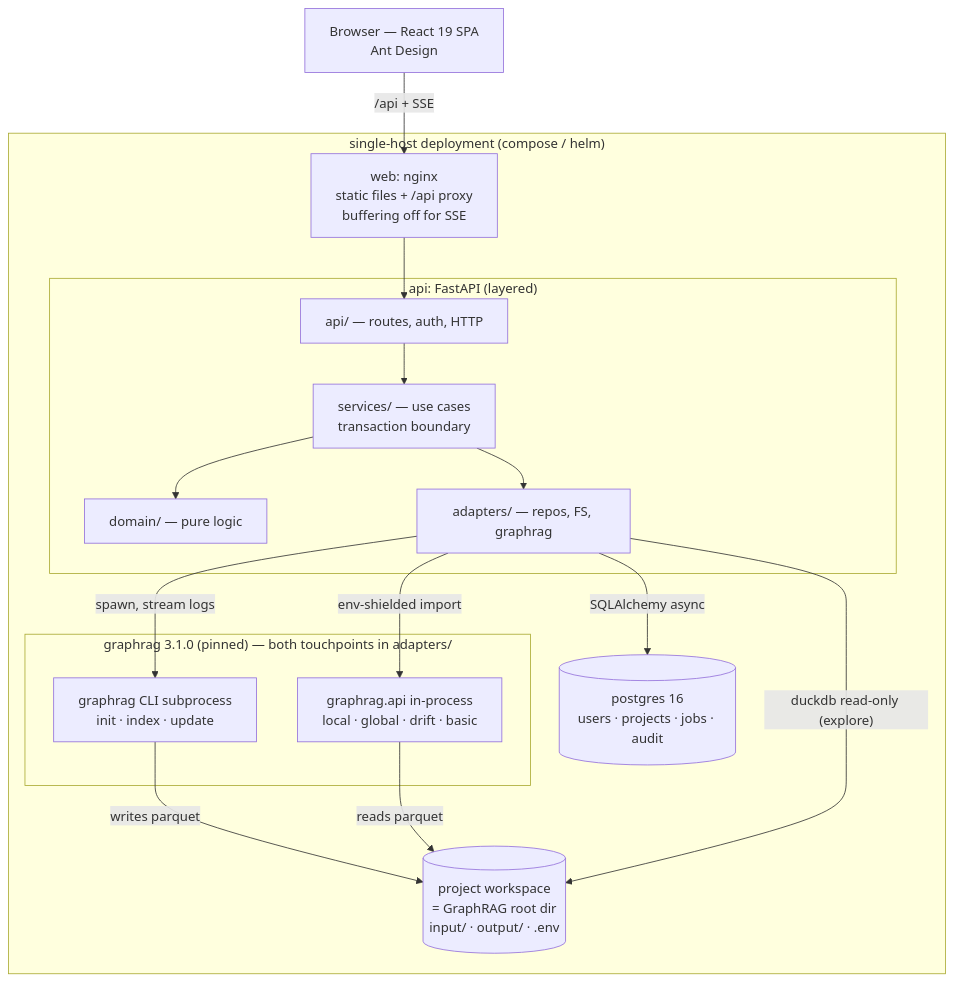
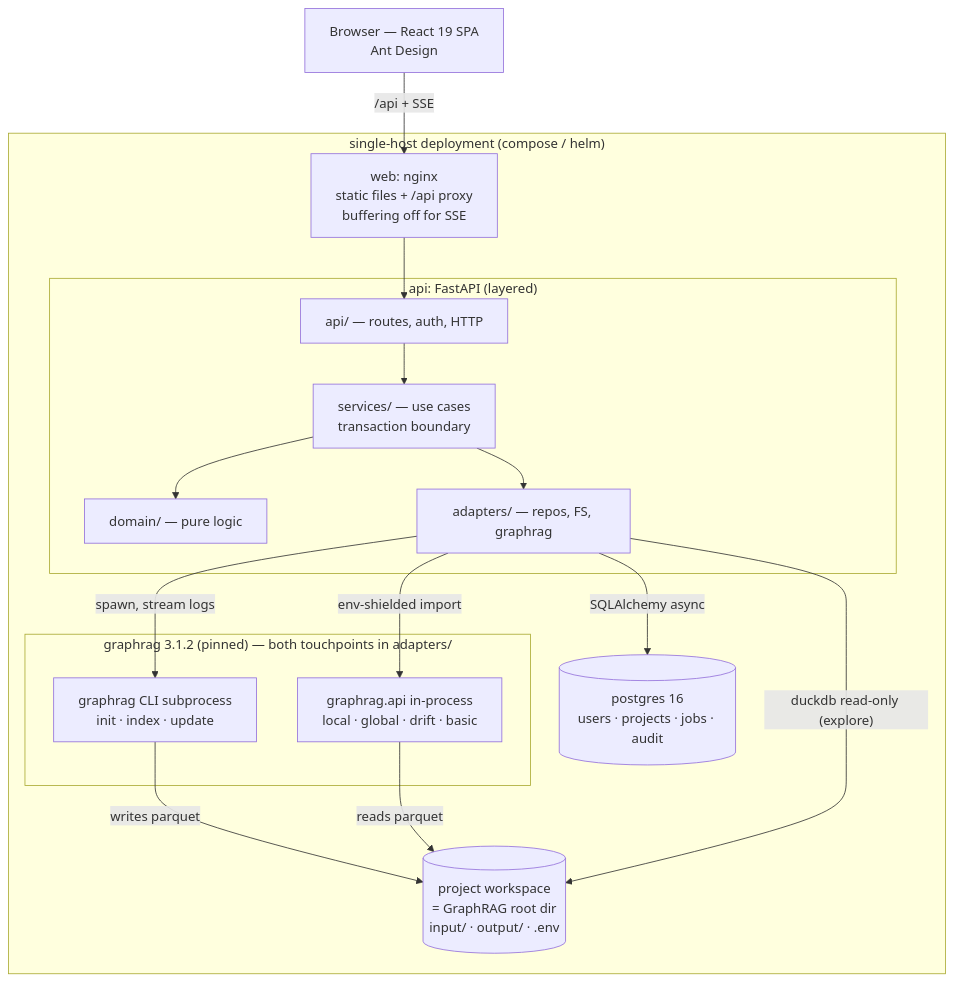
Before and after one commit to kehao-playground/graphrag-web-ui: the first of 3 diagrams in README.md, drawn with Mermaid. The commit also changed other lines of this file and 6 other files, not shown here.

````diff
--- a/README.md
+++ b/README.md
@@ -37,25 +37,25 @@
 ```mermaid
 graph TB
     B["Browser — React 19 SPA<br/>Ant Design"] -->|"/api + SSE"| N
     subgraph stack["single-host deployment (compose / helm)"]
         N["web: nginx<br/>static files + /api proxy<br/>buffering off for SSE"]
         subgraph API["api: FastAPI (layered)"]
             L1["api/ — routes, auth, HTTP"] --> L2["services/ — use cases<br/>transaction boundary"]
             L2 --> L3["domain/ — pure logic"]
             L2 --> L4["adapters/ — repos, FS, graphrag"]
         end
         PG[("postgres 16<br/>users · projects · jobs · audit")]
-        subgraph GR["graphrag 3.1.0 (pinned) — both touchpoints in adapters/"]
+        subgraph GR["graphrag 3.1.2 (pinned) — both touchpoints in adapters/"]
             CLI["graphrag CLI subprocess<br/>init · index · update"]
             LIB["graphrag.api in-process<br/>local · global · drift · basic"]
         end
         WS[("project workspace<br/>= GraphRAG root dir<br/>input/ · output/ · .env")]
     end
     N --> L1
     L4 -->|"SQLAlchemy async"| PG
     L4 -->|"spawn, stream logs"| CLI
     L4 -->|"env-shielded import"| LIB
     CLI -->|"writes parquet"| WS
     LIB -->|"reads parquet"| WS
     L4 -->|"duckdb read-only (explore)"| WS
 ```
````
